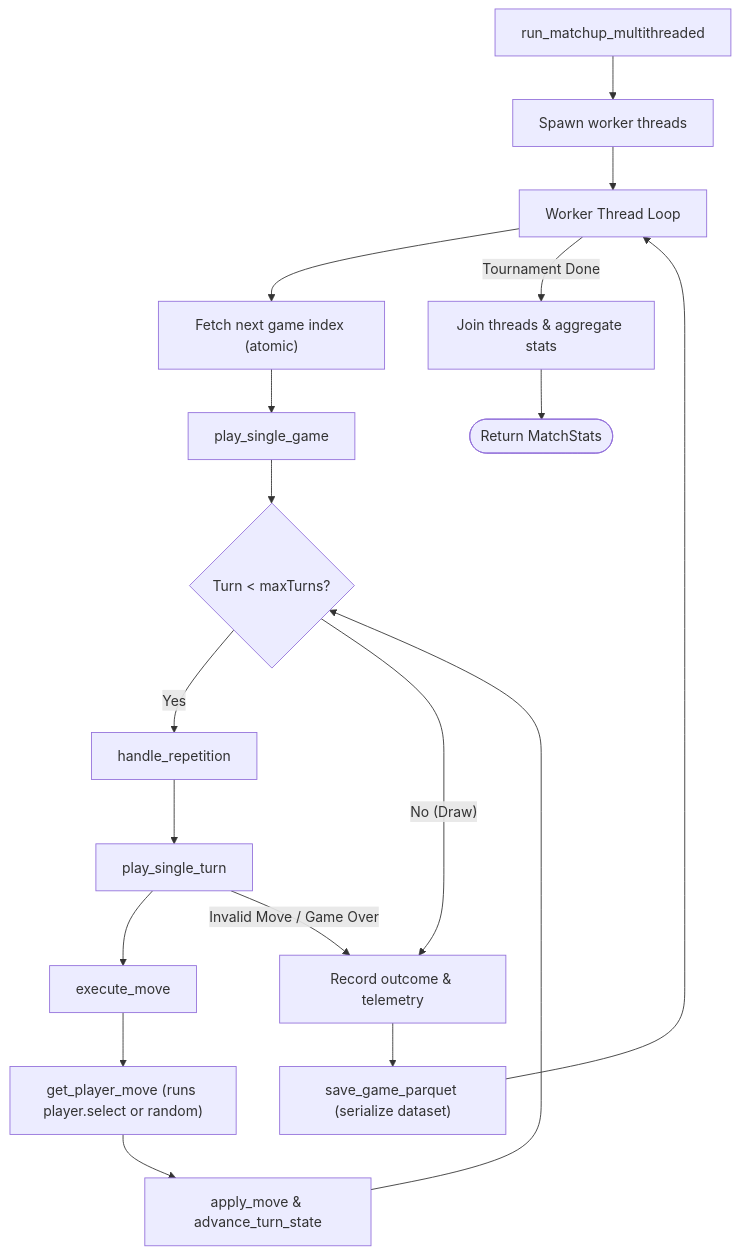
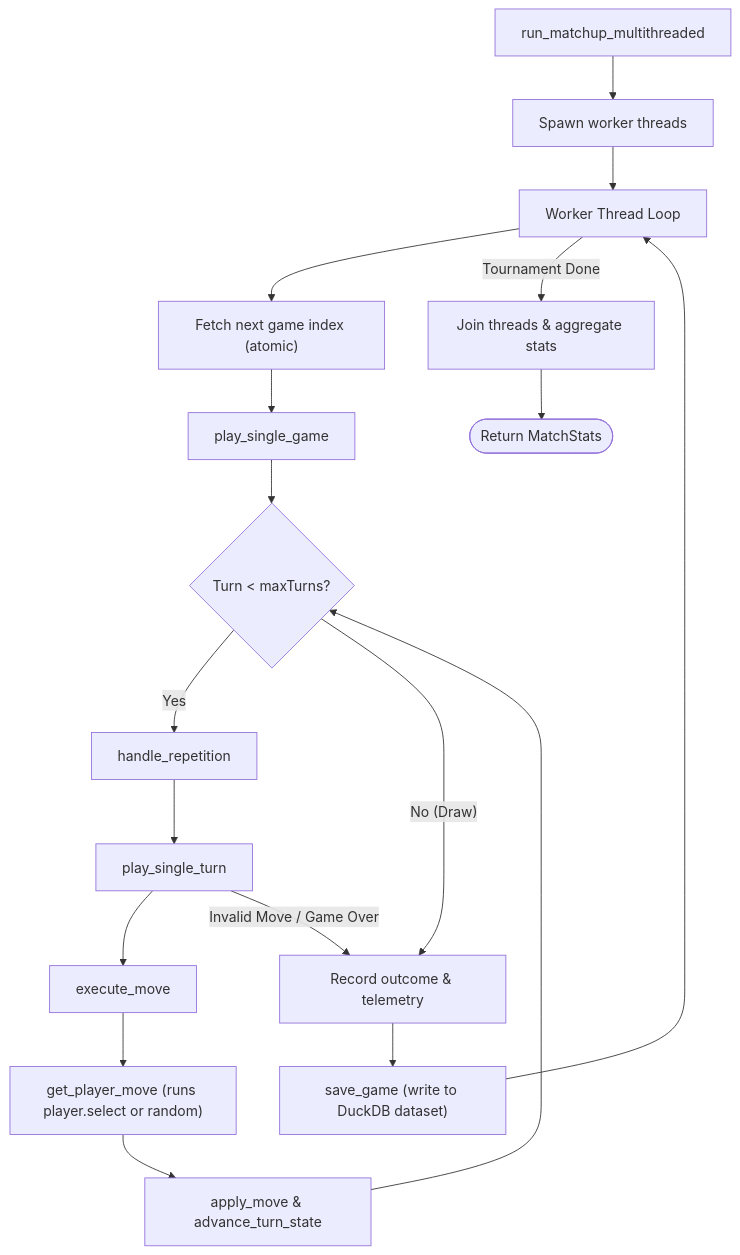
One commit to hamedzurat/kribu changed the diagram in doc/benchmark.md. Above: the diagram before and after it, drawn with Mermaid. The commit also changed other lines of this file and 9 other files, not shown here.

````diff
--- a/doc/benchmark.md
+++ b/doc/benchmark.md
@@ -34,20 +34,20 @@
 ```mermaid
 flowchart TD
     RunMatch["run_matchup_multithreaded"] --> Spawn["Spawn worker threads"]
     Spawn --> Worker["Worker Thread Loop"]
     Worker --> FetchIdx["Fetch next game index (atomic)"]
     FetchIdx --> PlayGame["play_single_game"]
     PlayGame --> LoopTurn{"Turn < maxTurns?"}
     LoopTurn -- Yes --> RepCheck["handle_repetition"]
     RepCheck --> PlayTurn["play_single_turn"]
     PlayTurn --> ExecMove["execute_move"]
     ExecMove --> GetMove["get_player_move (runs player.select or random)"]
     GetMove --> Apply["apply_move & advance_turn_state"]
     Apply --> LoopTurn
     LoopTurn -- No (Draw) --> FinishGame["Record outcome & telemetry"]
     PlayTurn -- "Invalid Move / Game Over" --> FinishGame
-    FinishGame --> Parquet["save_game_parquet (serialize dataset)"]
-    Parquet --> Worker
+    FinishGame --> DB["save_game (write to DuckDB dataset)"]
+    DB --> Worker
     Worker -- "Tournament Done" --> Join["Join threads & aggregate stats"]
     Join --> End([Return MatchStats])
 ```
````
